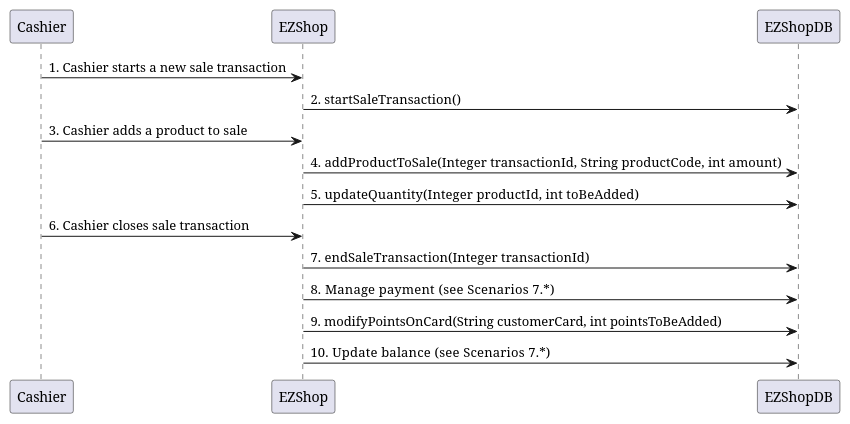
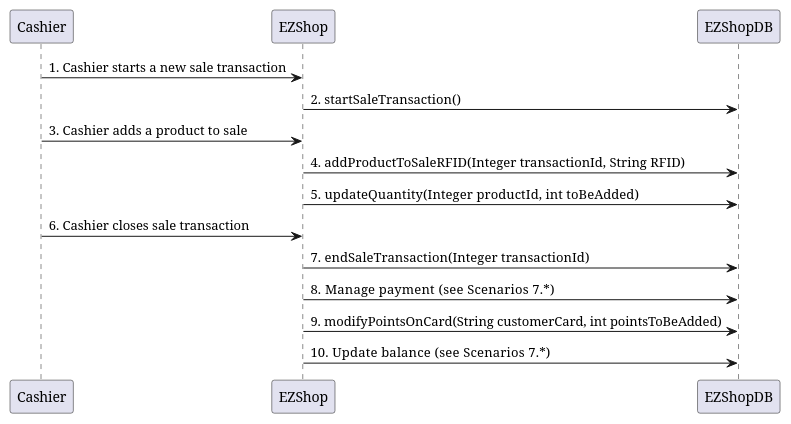
One commit to djemar/softeng_ezshop changed diagram 20 of 31 in Deliverables/DesignDocument.md. Above: the diagram before and after it, drawn with PlantUML. The commit also changed other lines of this file, not shown here.

````diff
--- a/Deliverables/DesignDocument.md
+++ b/Deliverables/DesignDocument.md
@@ -464,13 +471,13 @@
 ```plantuml
 "Cashier" -> "EZShop" : 1. Cashier starts a new sale transaction
 "EZShop" -> "EZShopDB" : 2.  startSaleTransaction()
 "Cashier" -> "EZShop" : 3. Cashier adds a product to sale
-"EZShop" -> "EZShopDB" : 4.   addProductToSale(Integer transactionId, String productCode, int amount)
+"EZShop" -> "EZShopDB" : 4.   addProductToSaleRFID(Integer transactionId, String RFID)
 "EZShop" -> "EZShopDB" : 5.   updateQuantity(Integer productId, int toBeAdded)
 "Cashier" -> "EZShop" : 6. Cashier closes sale transaction
 "EZShop" -> "EZShopDB" : 7.   endSaleTransaction(Integer transactionId)
 "EZShop" -> "EZShopDB" : 8.   Manage payment (see Scenarios 7.*)
 "EZShop" -> "EZShopDB" : 9. modifyPointsOnCard(String customerCard, int pointsToBeAdded)
 "EZShop" -> "EZShopDB" : 10.   Update balance (see Scenarios 7.*)
 
 ```
````
